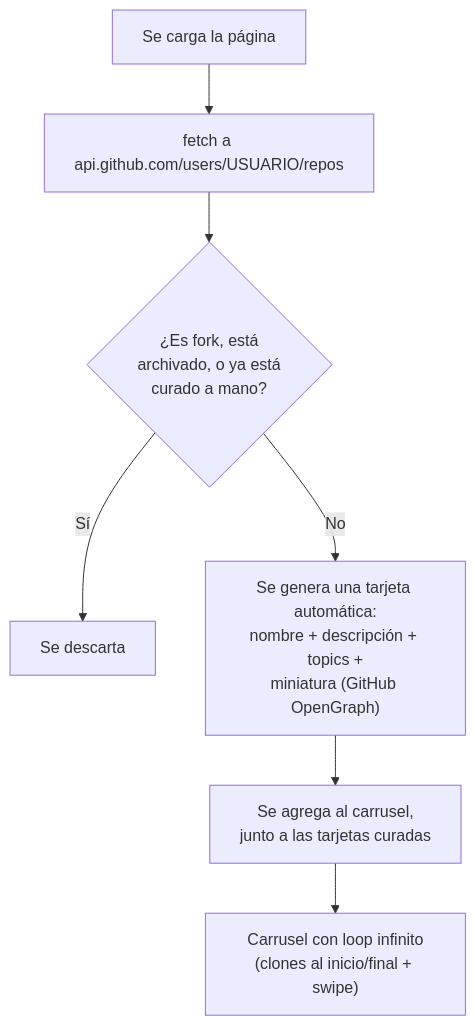
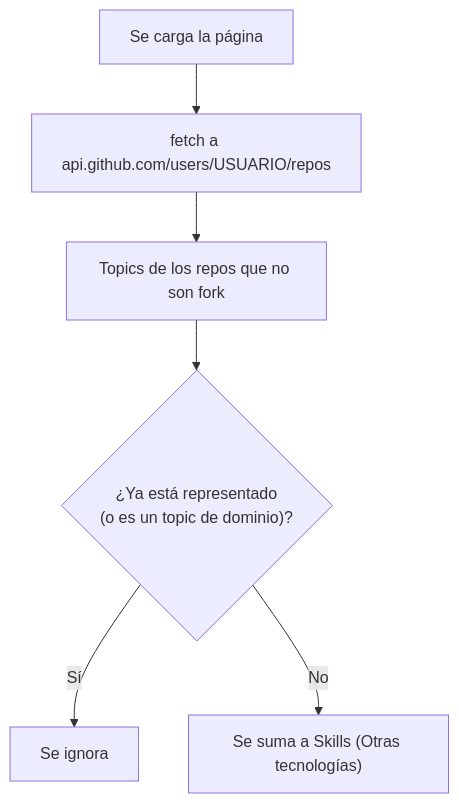
The third of 3 diagrams in README.md (Javier3921/Portfolio), drawn with Mermaid before and after one commit. The commit also changed other lines of this file and 15 other files, not shown here.

````diff
--- a/README.md
+++ b/README.md
@@ -148,9 +160,8 @@
 ```mermaid
 flowchart TD
     A["Se carga la página"] --> B["fetch a api.github.com/users/USUARIO/repos"]
-    B --> C{"¿Es fork, está\narchivado, o ya está\ncurado a mano?"}
-    C -- "Sí" --> D["Se descarta"]
-    C -- "No" --> E["Se genera una tarjeta automática:\nnombre + descripción + topics +\nminiatura (GitHub OpenGraph)"]
-    E --> F["Se agrega al carrusel,\njunto a las tarjetas curadas"]
-    F --> G["Carrusel con loop infinito\n(clones al inicio/final + swipe)"]
+    B --> C["Topics de los repos que no son fork"]
+    C --> D{"¿Ya está representado\n(o es un topic de dominio)?"}
+    D -- "Sí" --> E["Se ignora"]
+    D -- "No" --> F["Se suma a Skills (Otras tecnologías)"]
 ```
````
